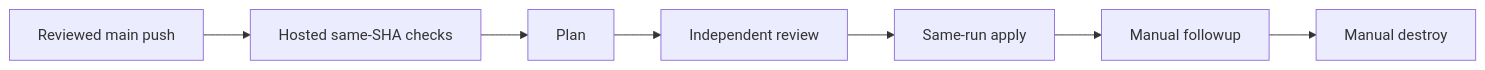
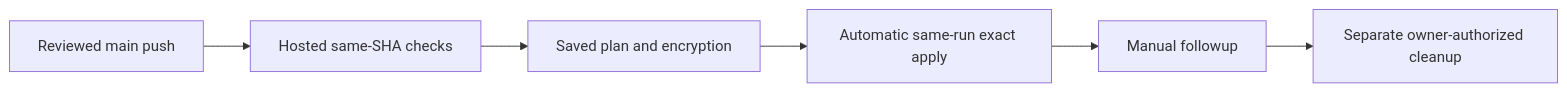
The diagram in .github/steps/02.md (alvinea28/ws2-azure-delivery-laboratory-07), drawn with Mermaid before and after one commit. The commit also changed other lines of this file and 51 other files, not shown here.

````diff
--- a/.github/steps/02.md
+++ b/.github/steps/02.md
@@ -15,4 +15,4 @@
 ```mermaid
 flowchart LR
-	M[Reviewed main push] --> V[Hosted same-SHA checks] --> P[Plan] --> R[Independent review] --> A[Same-run apply] --> F[Manual followup] --> D[Manual destroy]
+    M[Reviewed main push] --> V[Hosted same-SHA checks] --> P[Saved plan and encryption] --> A[Automatic same-run exact apply] --> F[Manual followup] --> D[Separate owner-authorized cleanup]
 ```
````
